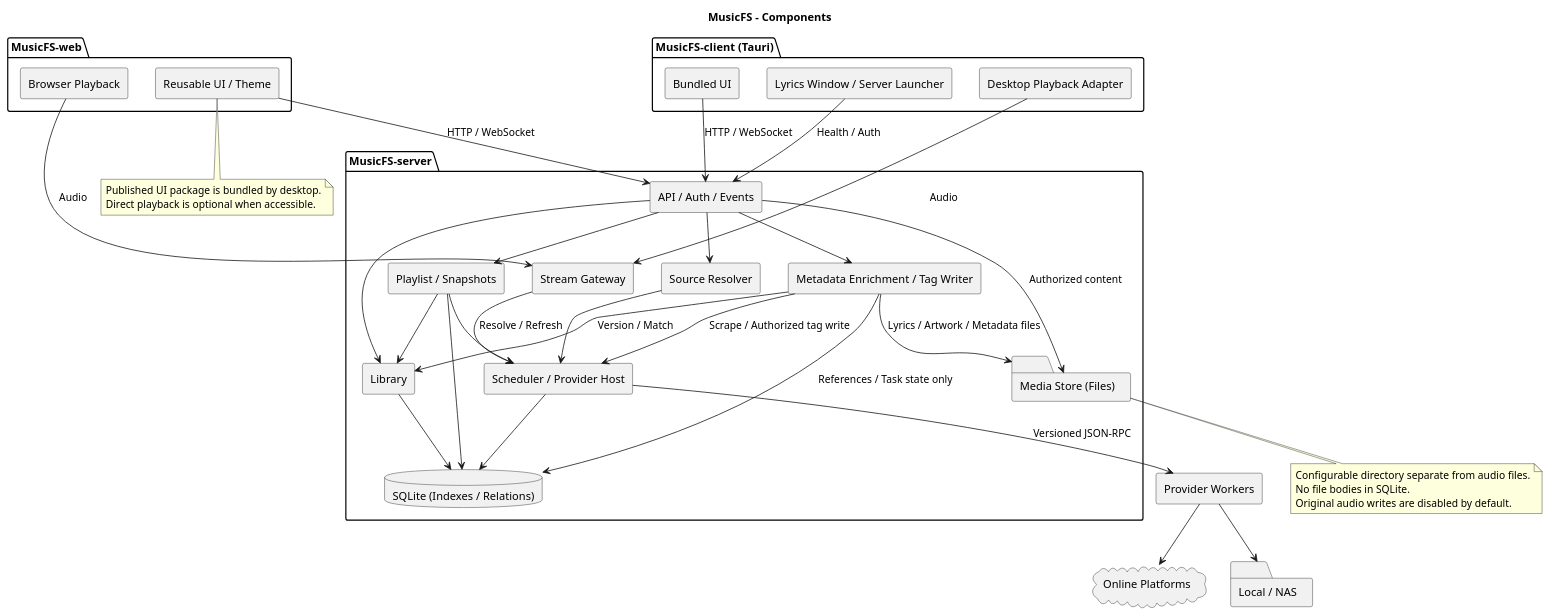
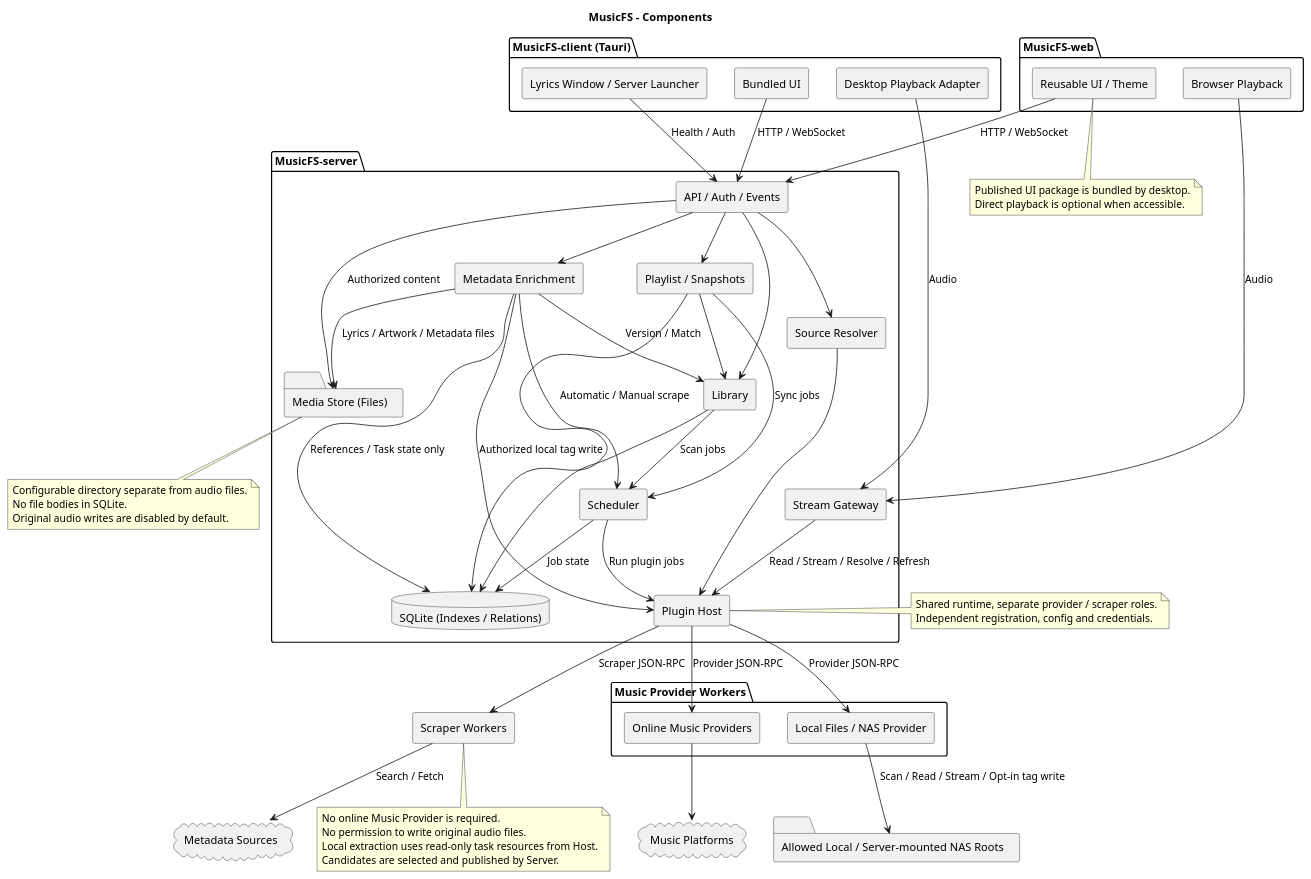
The diagram in docs/diagrams/components.puml (fnMrRice/MusicFS), drawn with PlantUML before and after one commit. The commit also changed 4 other files, not shown here.

Commit message:
docs: separate scraper plugins and define local music provider

```diff
--- a/docs/diagrams/components.puml
+++ b/docs/diagrams/components.puml
@@ -1,61 +1,83 @@
 @startuml
 title MusicFS - Components
 top to bottom direction
 skinparam componentStyle rectangle
 package "MusicFS-web" {
- component "Reusable UI / Theme" as UI
- component "Browser Playback" as BP
+  component "Reusable UI / Theme" as UI
+  component "Browser Playback" as BP
 }
 package "MusicFS-client (Tauri)" {
- component "Bundled UI" as DUI
- component "Desktop Playback Adapter" as DP
- component "Lyrics Window / Server Launcher" as Native
+  component "Bundled UI" as DUI
+  component "Desktop Playback Adapter" as DP
+  component "Lyrics Window / Server Launcher" as Native
 }
 package "MusicFS-server" {
- component "API / Auth / Events" as API
- component Library
- component "Metadata Enrichment / Tag Writer" as Metadata
- component "Playlist / Snapshots" as Playlist
- component "Source Resolver" as Resolver
- component "Scheduler / Provider Host" as Host
- component "Stream Gateway" as Stream
- database "SQLite (Indexes / Relations)" as DB
- folder "Media Store (Files)" as Media
+  component "API / Auth / Events" as API
+  component Library
+  component "Metadata Enrichment" as Metadata
+  component "Playlist / Snapshots" as Playlist
+  component "Source Resolver" as Resolver
+  component "Scheduler" as Scheduler
+  component "Plugin Host" as Host
+  component "Stream Gateway" as Stream
+  database "SQLite (Indexes / Relations)" as DB
+  folder "Media Store (Files)" as Media
 }
-component "Provider Workers" as Providers
-cloud "Online Platforms" as Cloud
-folder "Local / NAS" as NAS
+package "Music Provider Workers" {
+  component "Local Files / NAS Provider" as LocalProvider
+  component "Online Music Providers" as OnlineProviders
+}
+component "Scraper Workers" as Scrapers
+cloud "Music Platforms" as Cloud
+cloud "Metadata Sources" as MetadataSources
+folder "Allowed Local / Server-mounted NAS Roots" as NAS
 UI --> API : HTTP / WebSocket
 BP --> Stream : Audio
 DUI --> API : HTTP / WebSocket
 DP --> Stream : Audio
 Native --> API : Health / Auth
 API --> Library
 API --> Metadata
 API --> Media : Authorized content
 API --> Playlist
 API --> Resolver
 Playlist --> Library
-Playlist --> Host
+Playlist --> Scheduler : Sync jobs
 Resolver --> Host
-Stream --> Host : Resolve / Refresh
+Stream --> Host : Read / Stream / Resolve / Refresh
 Library --> DB
+Library --> Scheduler : Scan jobs
 Metadata --> Library : Version / Match
-Metadata --> Host : Scrape / Authorized tag write
+Metadata --> Scheduler : Automatic / Manual scrape
+Metadata --> Host : Authorized local tag write
 Metadata --> DB : References / Task state only
 Metadata --> Media : Lyrics / Artwork / Metadata files
 Playlist --> DB
-Host --> DB
-Host --> Providers : Versioned JSON-RPC
-Providers --> Cloud
-Providers --> NAS
+Scheduler --> DB : Job state
+Scheduler --> Host : Run plugin jobs
+Host --> LocalProvider : Provider JSON-RPC
+Host --> OnlineProviders : Provider JSON-RPC
+Host --> Scrapers : Scraper JSON-RPC
+OnlineProviders --> Cloud
+LocalProvider --> NAS : Scan / Read / Stream / Opt-in tag write
+Scrapers --> MetadataSources : Search / Fetch
+note right of Host
+  Shared runtime, separate provider / scraper roles.
+  Independent registration, config and credentials.
+end note
+note bottom of Scrapers
+  No online Music Provider is required.
+  No permission to write original audio files.
+  Local extraction uses read-only task resources from Host.
+  Candidates are selected and published by Server.
+end note
 note bottom of Media
-Configurable directory separate from audio files.
-No file bodies in SQLite.
-Original audio writes are disabled by default.
+  Configurable directory separate from audio files.
+  No file bodies in SQLite.
+  Original audio writes are disabled by default.
 end note
 note bottom of UI
-Published UI package is bundled by desktop.
-Direct playback is optional when accessible.
+  Published UI package is bundled by desktop.
+  Direct playback is optional when accessible.
 end note
 @enduml
```
